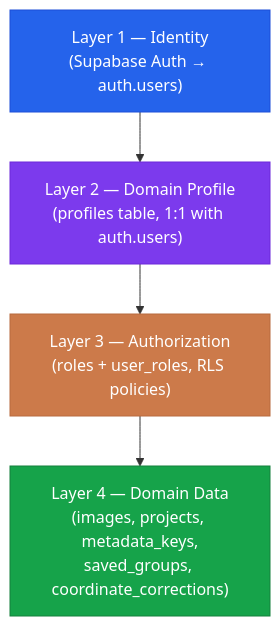
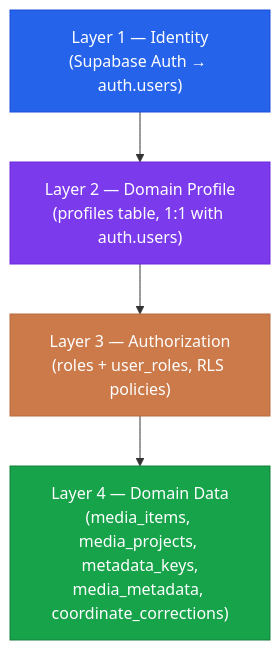
The second of 11 diagrams in docs/architecture.md (matkleve/feldpost), drawn with Mermaid before and after one commit. The commit also changed 29 other files, not shown here.

````diff
--- a/docs/architecture.md
+++ b/docs/architecture.md
@@ -80,16 +80,16 @@
 ```mermaid
 graph TD
   L1["Layer 1 — Identity<br/>(Supabase Auth → auth.users)"]
   L2["Layer 2 — Domain Profile<br/>(profiles table, 1:1 with auth.users)"]
   L3["Layer 3 — Authorization<br/>(roles + user_roles, RLS policies)"]
-  L4["Layer 4 — Domain Data<br/>(images, projects, metadata_keys,<br/>saved_groups, coordinate_corrections)"]
+  L4["Layer 4 — Domain Data<br/>(media_items, media_projects, metadata_keys,<br/>media_metadata, coordinate_corrections)"]
 
   L1 --> L2
   L2 --> L3
   L3 --> L4
 
   style L1 fill:#2563EB,stroke:#1D4ED8,color:#fff
   style L2 fill:#7C3AED,stroke:#6D28D9,color:#fff
   style L3 fill:#CC7A4A,stroke:#B86B3E,color:#fff
   style L4 fill:#16A34A,stroke:#15803D,color:#fff
 ```
````
